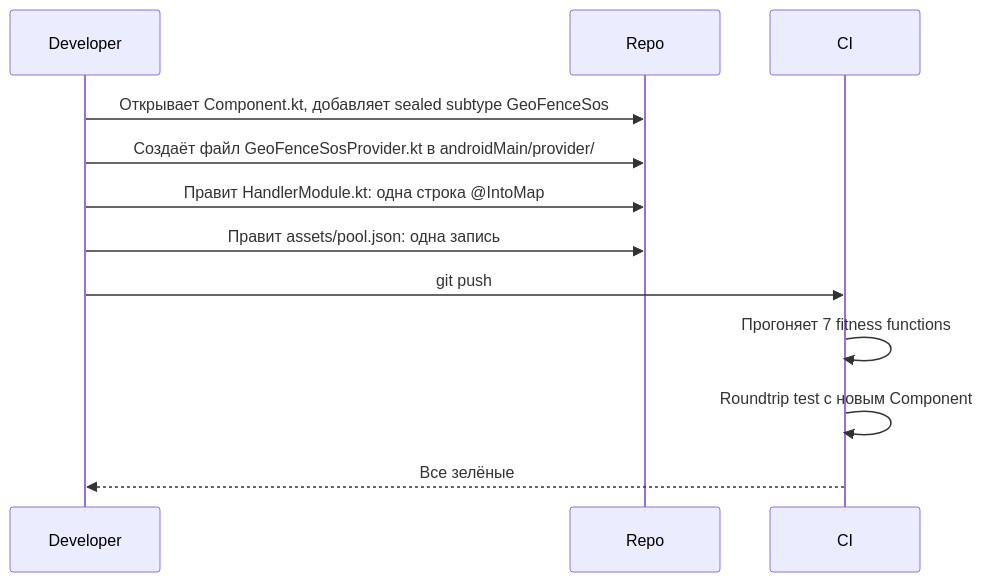
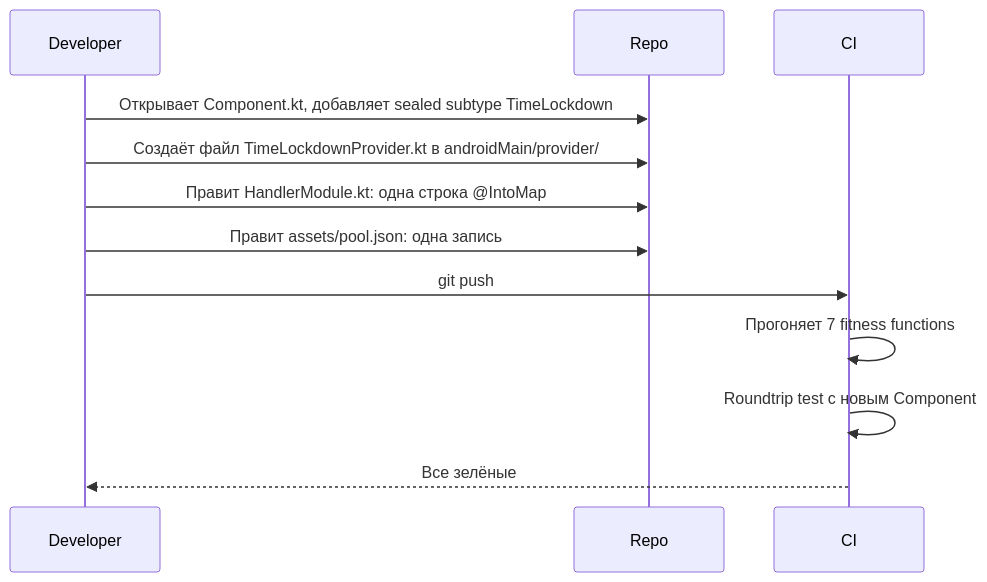
One commit to jeromwork/launcher changed the fifth of 6 diagrams in specs/task-120-preset-composition-foundation/spec.md. Above: the diagram before and after it, drawn with Mermaid. The commit also changed other lines of this file and 2 other files, not shown here.

````diff
--- a/specs/task-120-preset-composition-foundation/spec.md
+++ b/specs/task-120-preset-composition-foundation/spec.md
@@ -388,14 +399,14 @@
 ```mermaid
 sequenceDiagram
   participant D as Developer
   participant R as Repo
   participant CI as CI
-  D->>R: Открывает Component.kt, добавляет sealed subtype GeoFenceSos
-  D->>R: Создаёт файл GeoFenceSosProvider.kt в androidMain/provider/
+  D->>R: Открывает Component.kt, добавляет sealed subtype TimeLockdown
+  D->>R: Создаёт файл TimeLockdownProvider.kt в androidMain/provider/
   D->>R: Правит HandlerModule.kt: одна строка @IntoMap
   D->>R: Правит assets/pool.json: одна запись
   D->>CI: git push
   CI->>CI: Прогоняет 7 fitness functions
   CI->>CI: Roundtrip test с новым Component
   CI-->>D: Все зелёные
 ```
````
